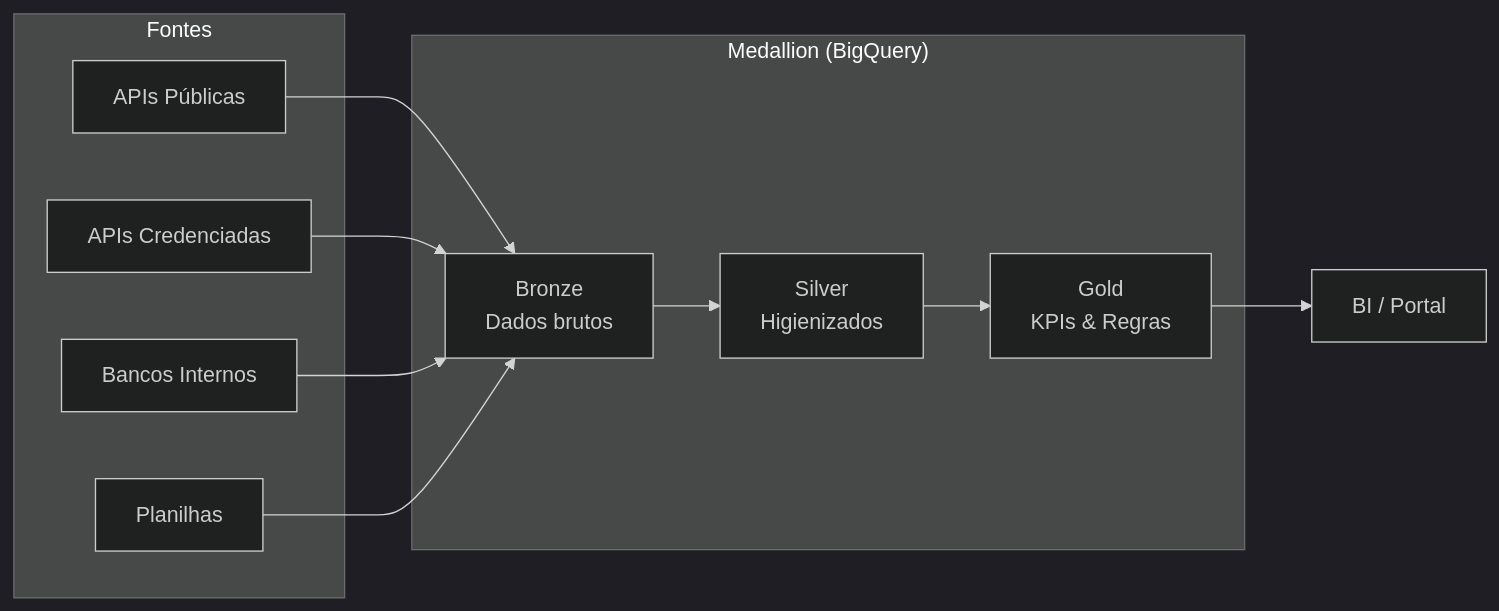
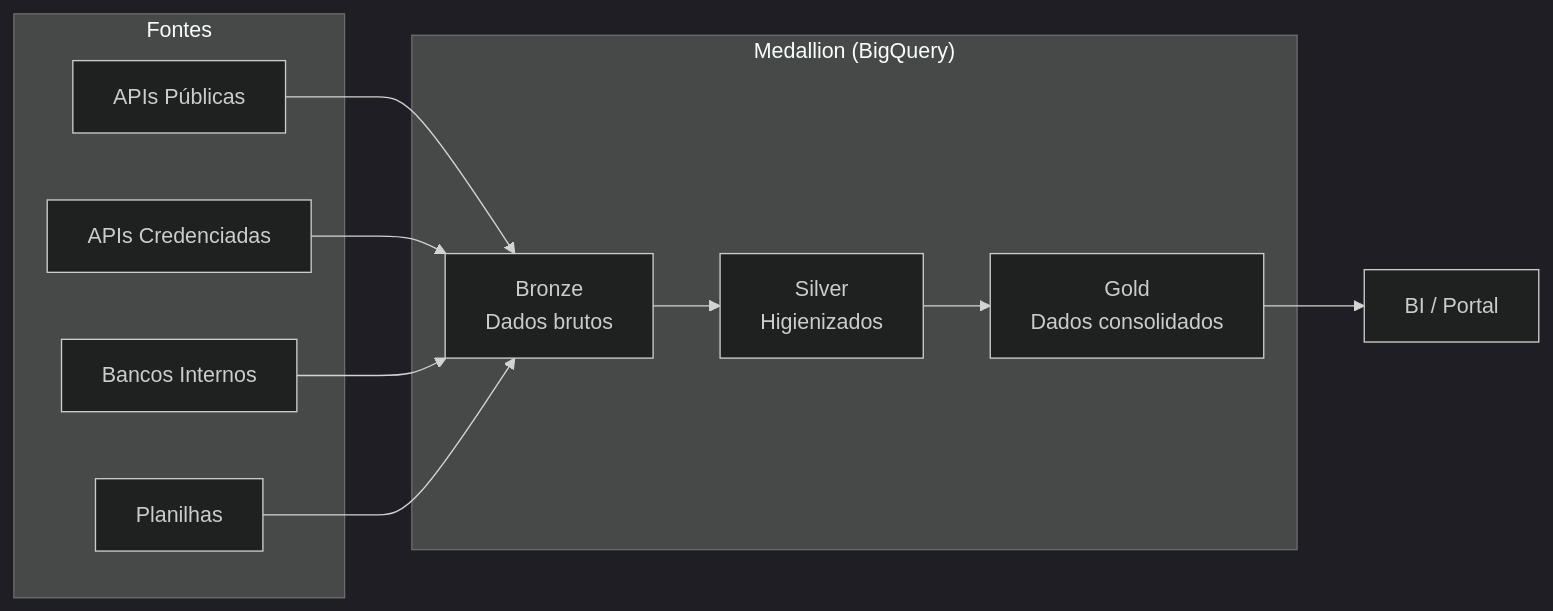
Before and after one commit to nessenergy/Alupdatalake: the diagram in README.md, drawn with Mermaid (dark theme). The commit also changed other lines of this file and 11 other files, not shown here.

````diff
--- a/README.md
+++ b/README.md
@@ -48,21 +48,21 @@
 ```mermaid
 graph LR
     subgraph Fontes
         A[APIs Públicas]
         B[APIs Credenciadas]
         C[Bancos Internos]
         D[Planilhas]
     end
     subgraph "Medallion (BigQuery)"
         E["Bronze<br/>Dados brutos"]
         F["Silver<br/>Higienizados"]
-        G["Gold<br/>KPIs & Regras"]
+        G["Gold<br/>Dados consolidados"]
     end
     A --> E
     B --> E
     C --> E
     D --> E
     E --> F
     F --> G
     G --> H["BI / Portal"]
 ```
````
